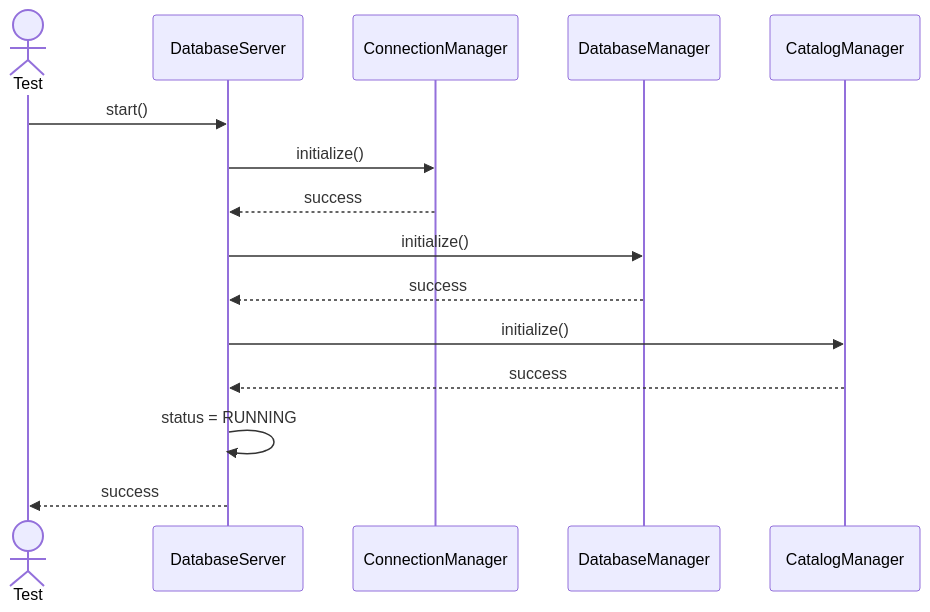
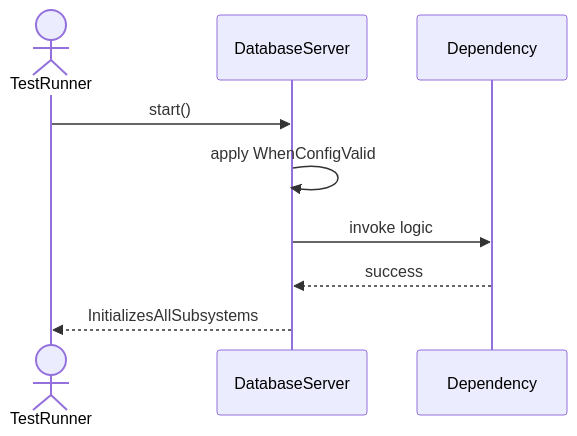
The first of 10 diagrams in Sequences/Core/DatabaseServer.md (TamBui1706/DBMS), drawn with Mermaid before and after one commit. The commit also changed other lines of this file and 63 other files, not shown here.

Commit message:
Draw sequence diagram for unit tests

````diff
--- a/Sequences/Core/DatabaseServer.md
+++ b/Sequences/Core/DatabaseServer.md
@@ -16,18 +20,10 @@
 ```mermaid
 sequenceDiagram
-    actor Test
+    actor TestRunner
     participant DatabaseServer
-    participant ConnectionManager
-    participant DatabaseManager
-    participant CatalogManager
-
-    Test->>DatabaseServer: start()
-    DatabaseServer->>ConnectionManager: initialize()
-    ConnectionManager-->>DatabaseServer: success
-    DatabaseServer->>DatabaseManager: initialize()
-    DatabaseManager-->>DatabaseServer: success
-    DatabaseServer->>CatalogManager: initialize()
-    CatalogManager-->>DatabaseServer: success
-    DatabaseServer->>DatabaseServer: status = RUNNING
-    DatabaseServer-->>Test: success
+    TestRunner->>DatabaseServer: start()
+    DatabaseServer->>DatabaseServer: apply WhenConfigValid
+    DatabaseServer->>Dependency: invoke logic
+    Dependency-->>DatabaseServer: success
+    DatabaseServer-->>TestRunner: InitializesAllSubsystems
 ```
````
